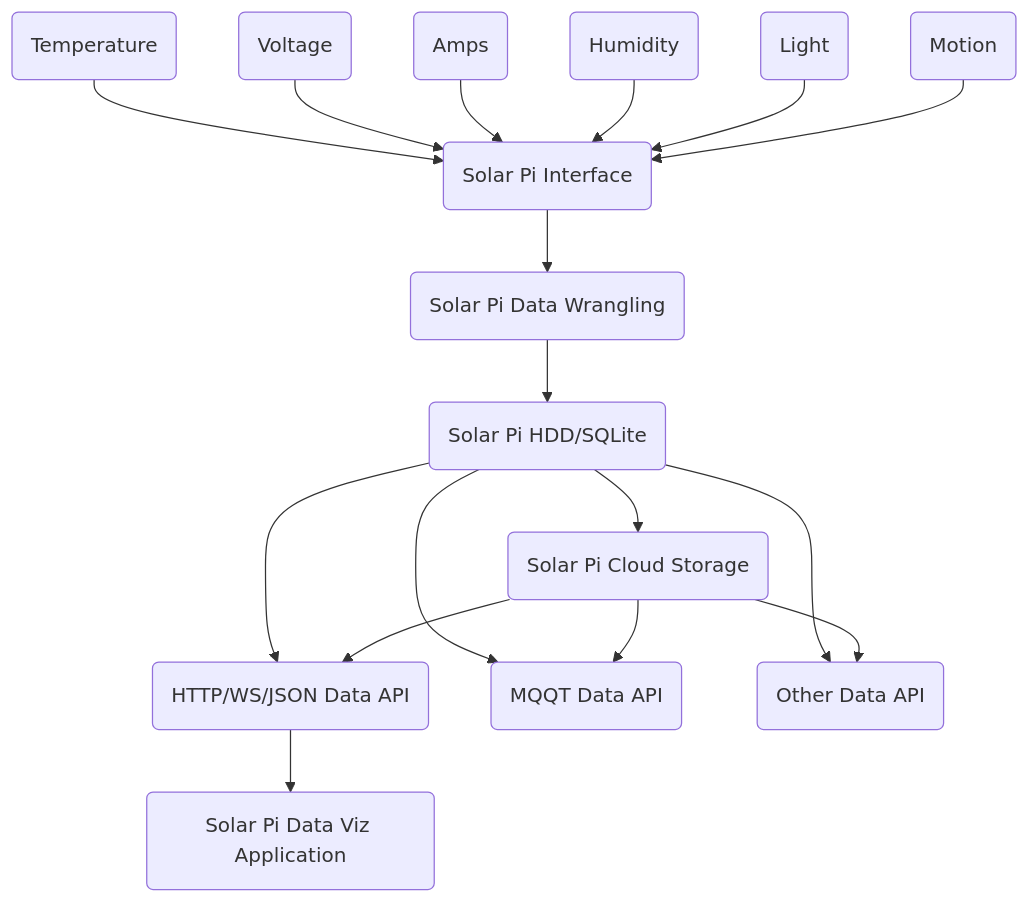
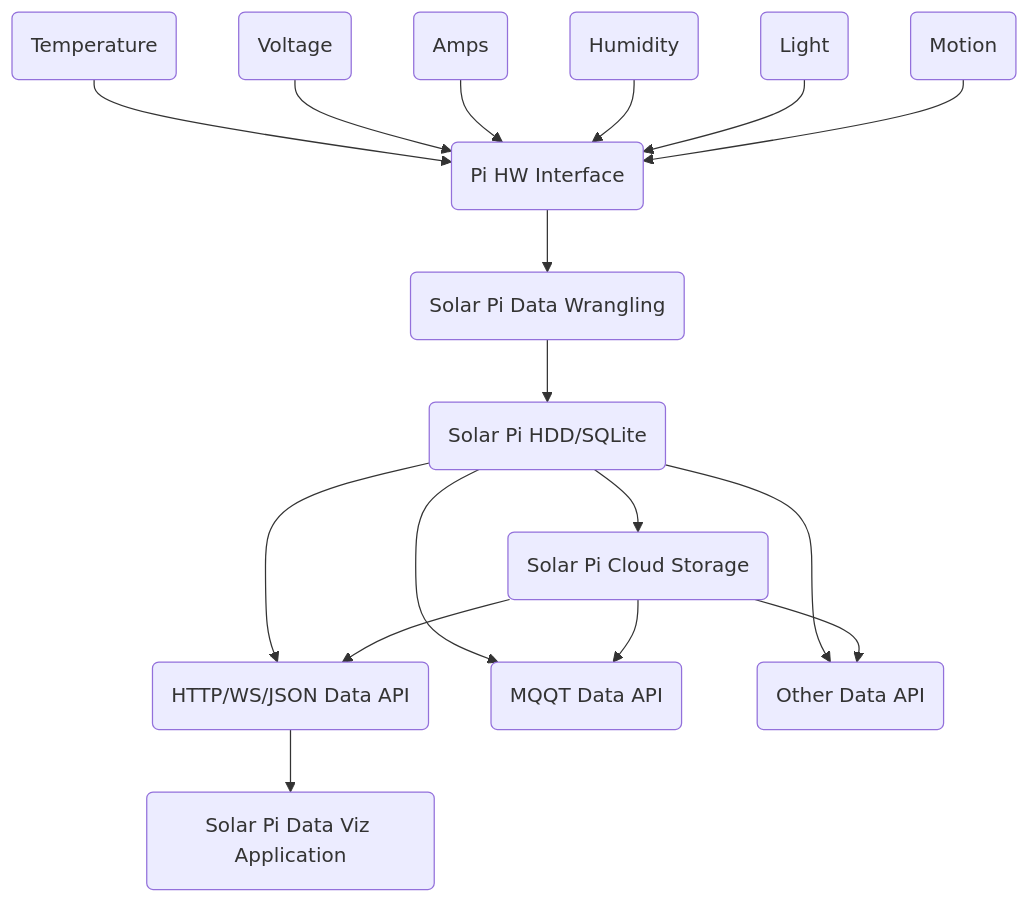
One commit to ericdmoore/solar-pi changed the second of 2 diagrams in README.md. Above: the diagram before and after it, drawn with Mermaid.

Commit message:
HW Diagram typo 2

````diff
--- a/README.md
+++ b/README.md
@@ -169,19 +169,19 @@
 ```mermaid
   graph TD;
-      Sensor1(Temperature)-->HWIntf(Pi HW  Interface)
-      Sensor2(Voltage)-->HWIntf(Pi HW Interface)
-      Sensor3(Amps)-->HWIntf(Pi HW Interface)
-      Sensor4(Humidity)-->HWIntf(Pi HW Interface)
-      Sensor5(Light)-->HWIntf(Pi HW Interface)
-      Sensor6(Motion)-->HWIntf(Pi HW Interface)
-      HWIntf(Solar Pi Interface)-->solData(Solar Pi Data Wrangling)
+      Sensor1(Temperature)-->HWIntf
+      Sensor2(Voltage)-->HWIntf
+      Sensor3(Amps)-->HWIntf
+      Sensor4(Humidity)-->HWIntf
+      Sensor5(Light)-->HWIntf
+      Sensor6(Motion)-->HWIntf
+      HWIntf(Pi HW Interface)-->solData(Solar Pi Data Wrangling)
       solData(Solar Pi Data Wrangling)-->solStorageLocal(Solar Pi HDD/SQLite)
       solStorageLocal(Solar Pi HDD/SQLite)-->solCloudStorage(Solar Pi Cloud Storage)
       solStorageLocal-->ApiIntf1(HTTP/WS/JSON Data API)
       solCloudStorage-->ApiIntf1(HTTP/WS/JSON Data API)
       solStorageLocal-->ApiIntf2(MQQT Data API)
       solCloudStorage-->ApiIntf2(MQQT Data API)
       solStorageLocal-->ApiIntfN(Other Data API)
       solCloudStorage-->ApiIntfN(Other Data API)
       ApiIntf1-->solVizApp(Solar Pi Data Viz Application)
 ```
````
